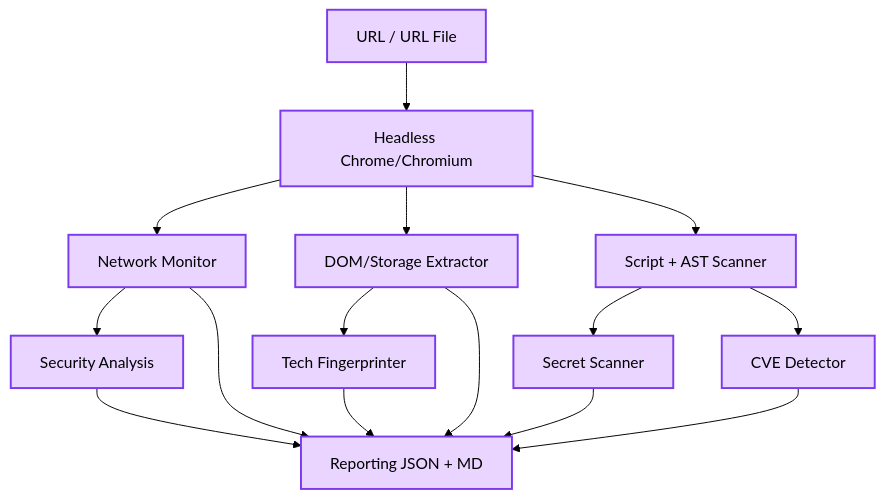
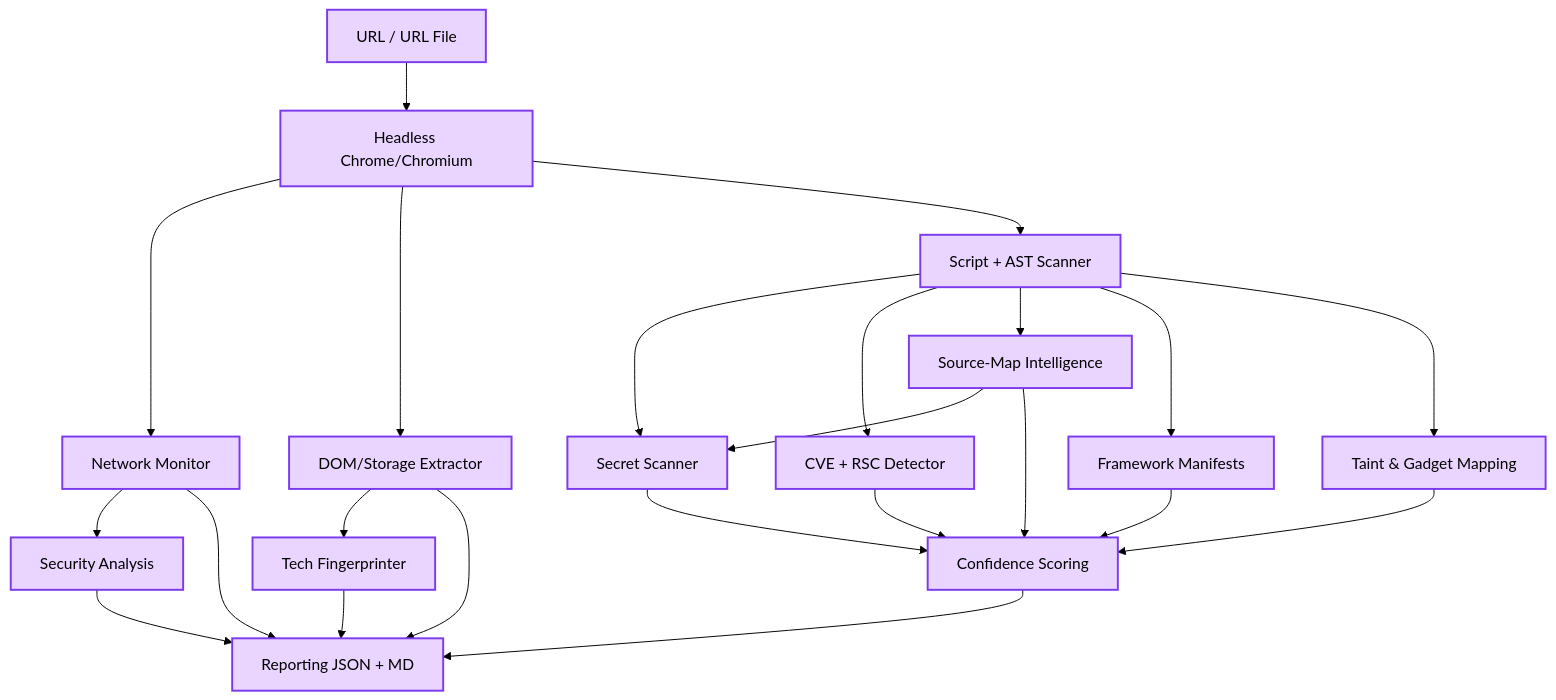
One commit to ul0gic/corrode changed the diagram in README.md. Above: the diagram before and after it, drawn with Mermaid (forest theme). The commit also changed other lines of this file, not shown here.

First line of the commit message:
docs: document v0.4.0 client-side attack surface intelligence

````diff
--- a/README.md
+++ b/README.md
@@ -56,20 +77,28 @@
 ```mermaid
 graph TD
     A[URL / URL File] --> B[Headless Chrome/Chromium]
     B --> C[Network Monitor]
     B --> D[DOM/Storage Extractor]
     B --> E[Script + AST Scanner]
     E --> G[Secret Scanner]
     D --> H[Tech Fingerprinter]
     C --> I[Security Analysis]
-    E --> J[CVE Detector]
-    G --> Results[Reporting JSON + MD]
+    E --> J[CVE + RSC Detector]
+    E --> K[Source-Map Intelligence]
+    E --> L[Framework Manifests]
+    E --> M[Taint & Gadget Mapping]
+    K --> G
+    G --> S[Confidence Scoring]
+    J --> S
+    K --> S
+    L --> S
+    M --> S
+    S --> Results[Reporting JSON + MD]
     C --> Results
     D --> Results
     H --> Results
     I --> Results
-    J --> Results
 
     classDef purple fill:#e9d5ff,stroke:#7c3aed,stroke-width:2px,color:#000
-    class A,B,C,D,E,F,G,H,I,J,Results purple
+    class A,B,C,D,E,G,H,I,J,K,L,M,S,Results purple
 ```
````
